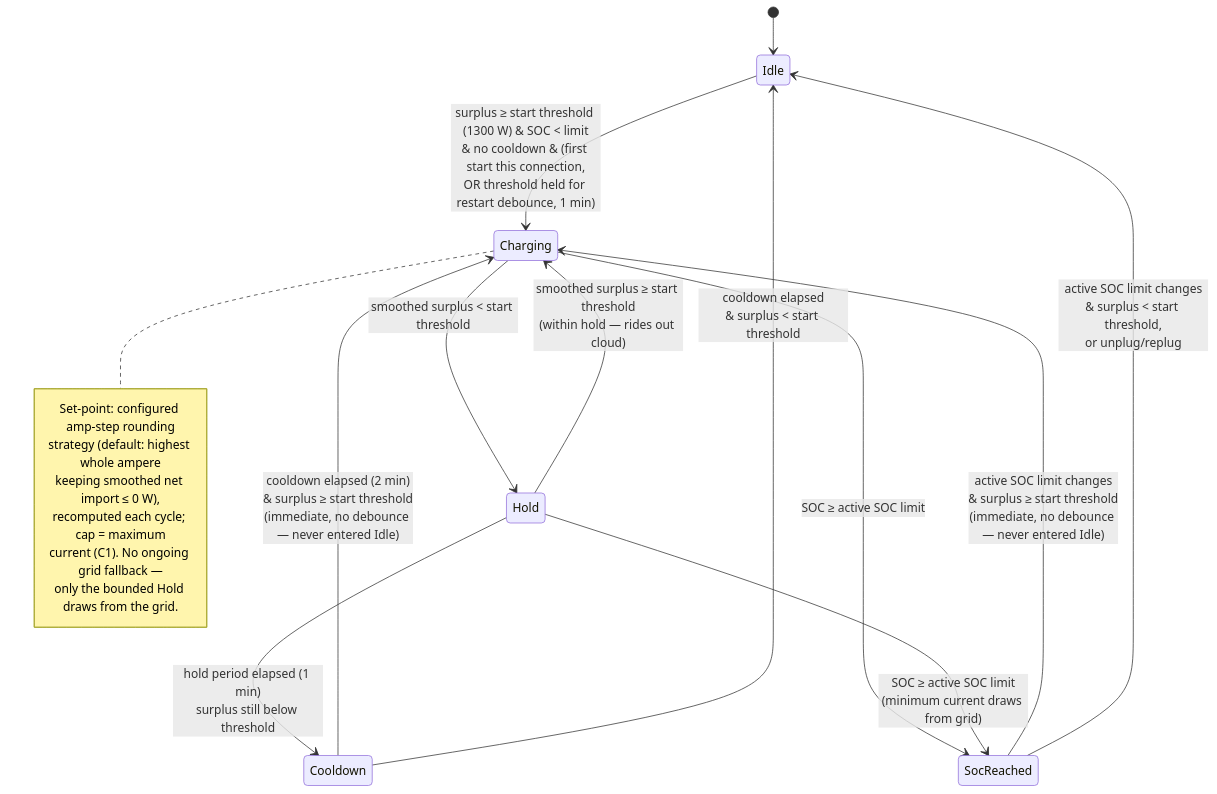
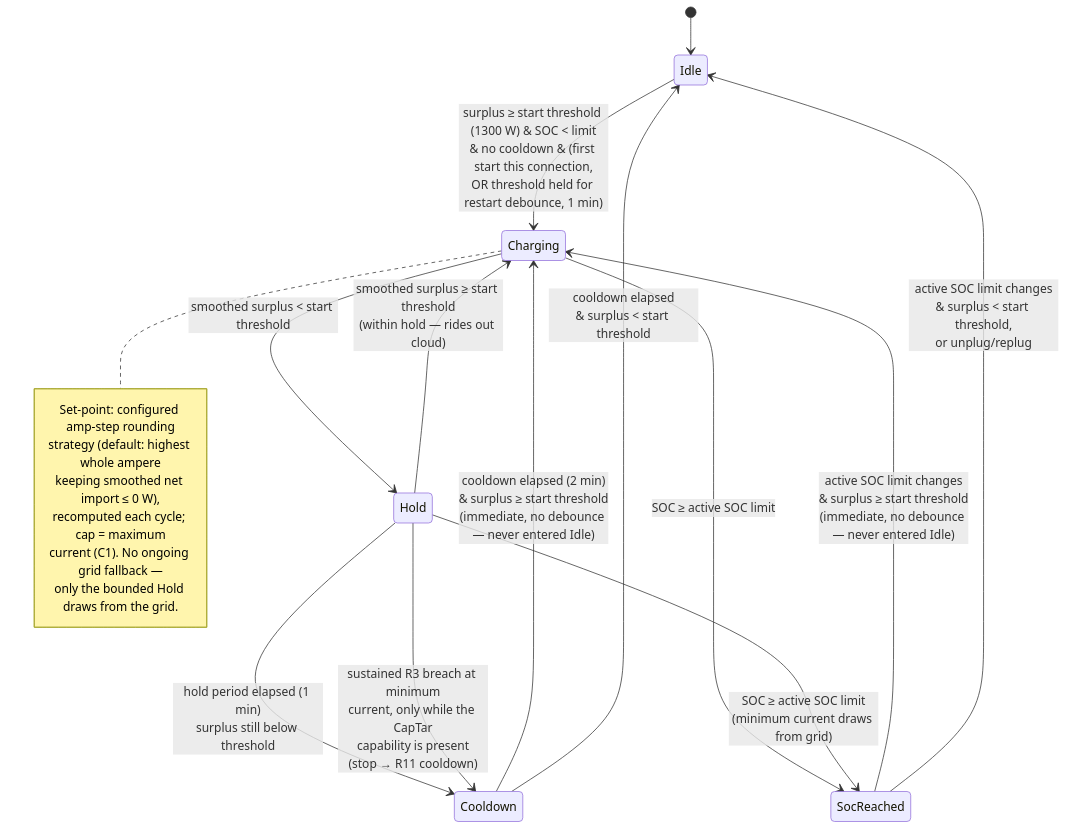
The diagram in docs/analysis/use-cases/UC02-charge-from-solar-only.md (kristofdegrave/homeassistant-smart-charging), drawn with Mermaid before and after one commit. The commit also changed other lines of this file and 1 other file, not shown here.

First line of the commit message:
docs: qualify UC01/UC02's peak-protection exception for the CapTar-absent case (#775)

````diff
--- a/docs/analysis/use-cases/UC02-charge-from-solar-only.md
+++ b/docs/analysis/use-cases/UC02-charge-from-solar-only.md
@@ -137,22 +147,23 @@
 ```mermaid
 stateDiagram-v2
     [*] --> Idle
     Idle --> Charging: surplus ≥ start threshold (1300 W) & SOC < limit<br/>& no cooldown & (first start this connection,<br/>OR threshold held for restart debounce, 1 min)
     Charging --> Hold: smoothed surplus < start threshold
     Hold --> Charging: smoothed surplus ≥ start threshold<br/>(within hold — rides out cloud)
     Hold --> Cooldown: hold period elapsed (1 min)<br/>surplus still below threshold
+    Hold --> Cooldown: sustained R3 breach at minimum<br/>current, only while the CapTar<br/>capability is present<br/>(stop → R11 cooldown)
     Charging --> SocReached: SOC ≥ active SOC limit
     Hold --> SocReached: SOC ≥ active SOC limit<br/>(minimum current draws from grid)
     Cooldown --> Charging: cooldown elapsed (2 min)<br/>& surplus ≥ start threshold<br/>(immediate, no debounce — never entered Idle)
     Cooldown --> Idle: cooldown elapsed<br/>& surplus < start threshold
     SocReached --> Charging: active SOC limit changes<br/>& surplus ≥ start threshold<br/>(immediate, no debounce — never entered Idle)
     SocReached --> Idle: active SOC limit changes<br/>& surplus < start threshold,<br/>or unplug/replug
     note right of Charging
         Set-point: configured amp-step rounding
         strategy (default: highest whole ampere
         keeping smoothed net import ≤ 0 W),
         recomputed each cycle; cap = maximum
         current (C1). No ongoing grid fallback —
         only the bounded Hold draws from the grid.
     end note
 ```
````
